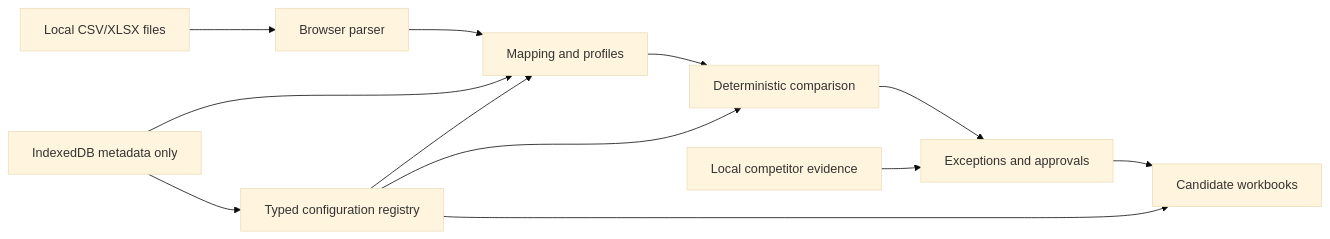
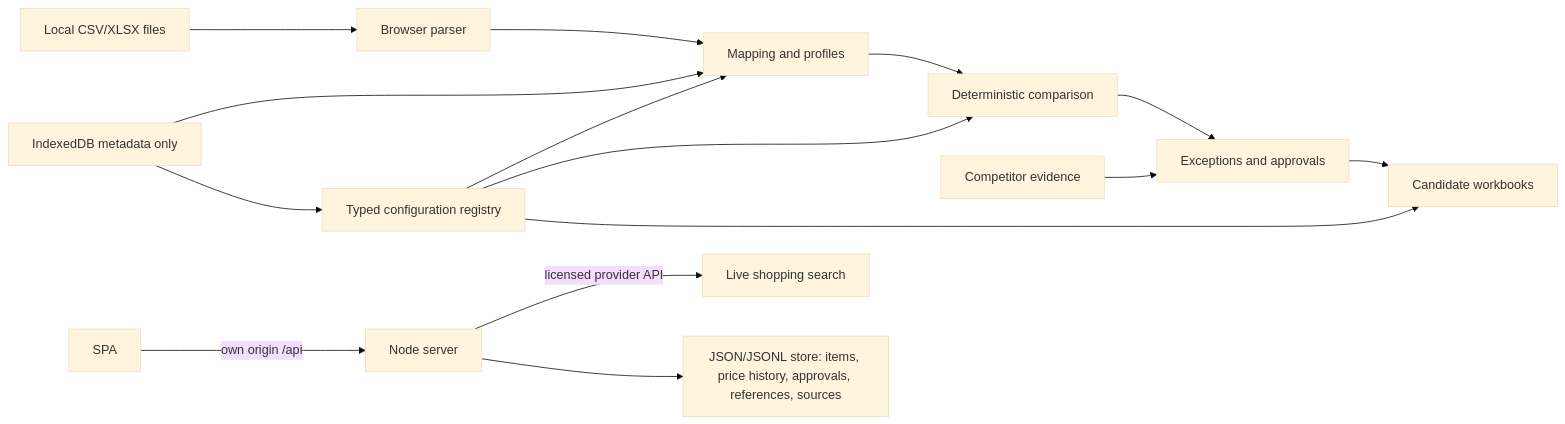
The diagram in docs/ARCHITECTURE.md (Sajeevanveeriah/Inventory-Management-SWL), drawn with Mermaid (base theme) before and after one commit. The commit also changed other lines of this file and 33 other files, not shown here.

````diff
--- a/docs/ARCHITECTURE.md
+++ b/docs/ARCHITECTURE.md
@@ -3,14 +3,17 @@
 ```mermaid
 flowchart LR
   Files[Local CSV/XLSX files] --> Parse[Browser parser]
   Parse --> Map[Mapping and profiles]
   Map --> Compare[Deterministic comparison]
   Compare --> Review[Exceptions and approvals]
   Review --> Export[Candidate workbooks]
   Config[Typed configuration registry] --> Map
   Config --> Compare
   Config --> Export
-  Competitors[Local competitor evidence] --> Review
+  Competitors[Competitor evidence] --> Review
   Store[IndexedDB metadata only] --> Map
   Store --> Config
+  Browser[SPA] -->|own origin /api| Server[Node server]
+  Server -->|licensed provider API| Live[Live shopping search]
+  Server --> Data[JSON/JSONL store: items, price history, approvals, references, sources]
 ```
````
